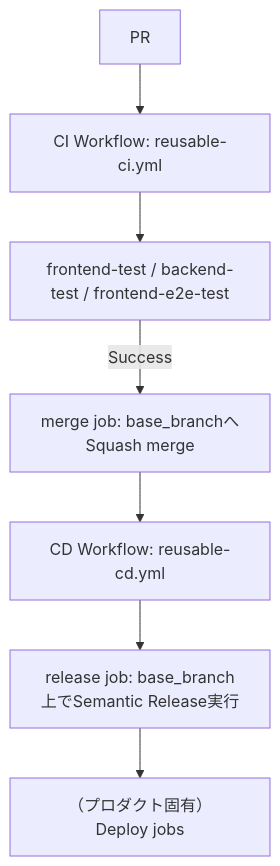
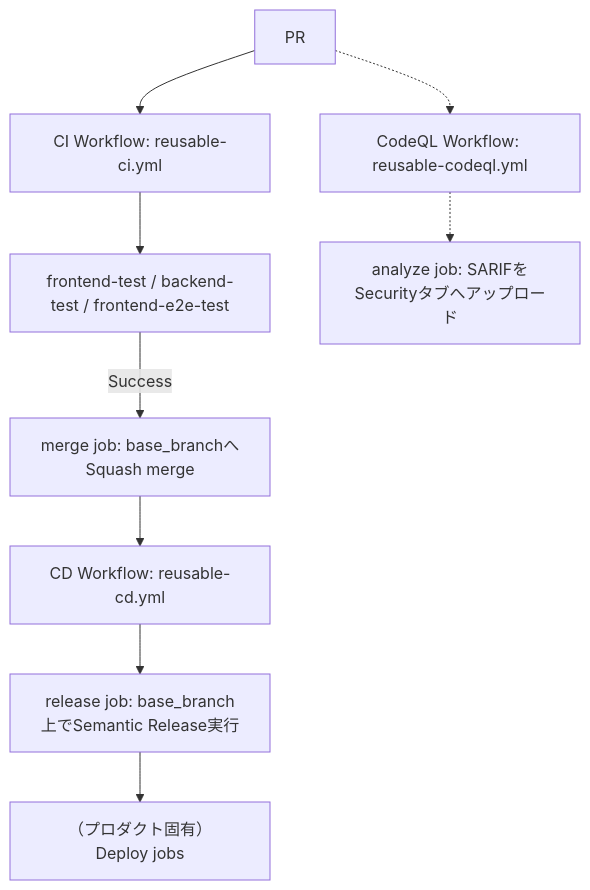
One commit to bamiyanapp/dev-standards changed the diagram in docs/cicd-pipeline-specification.md. Above: the diagram before and after it, drawn with Mermaid. The commit also changed other lines of this file and 2 other files, not shown here.

First line of the commit message:
feat(ci): CodeQLによる静的解析を提供するreusable workflowを追加する（issue bamiyanapp/karuta#808） (#112)

````diff
--- a/docs/cicd-pipeline-specification.md
+++ b/docs/cicd-pipeline-specification.md
@@ -9,9 +9,11 @@
 ```mermaid
 graph TD
     A[PR] --> B[CI Workflow: reusable-ci.yml];
     B --> C[frontend-test / backend-test / frontend-e2e-test];
     C -->|Success| D[merge job: base_branchへSquash merge];
     D --> E[CD Workflow: reusable-cd.yml];
     E --> F[release job: base_branch上でSemantic Release実行];
     F --> G[（プロダクト固有）Deploy jobs];
+    A -.-> H[CodeQL Workflow: reusable-codeql.yml];
+    H -.-> I[analyze job: SARIFをSecurityタブへアップロード];
 ```
````
